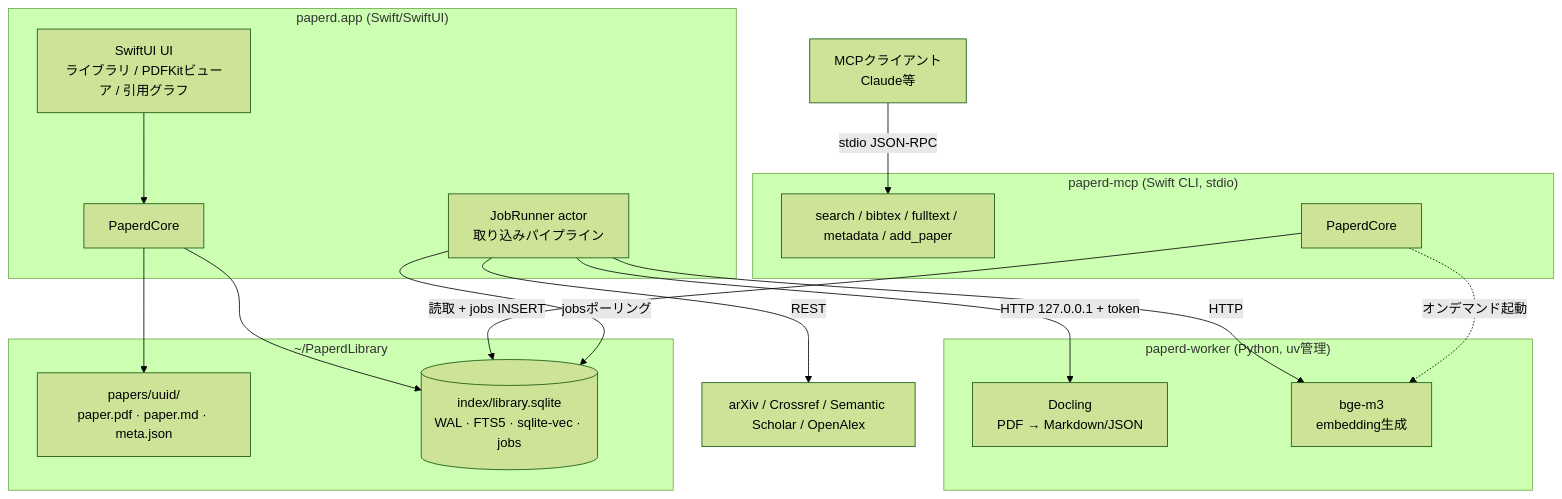
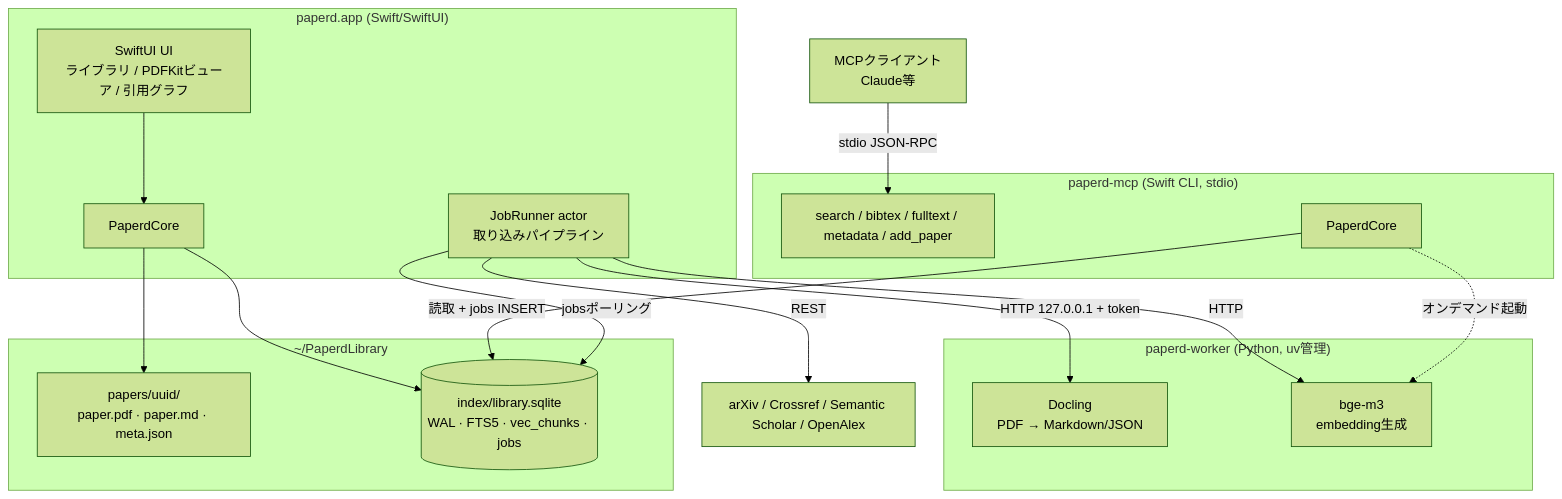
The diagram in docs/01-architecture.md (paperd-app/paperd), drawn with Mermaid (forest theme) before and after one commit. The commit also changed other lines of this file and 10 other files, not shown here.

````diff
--- a/docs/01-architecture.md
+++ b/docs/01-architecture.md
@@ -5,37 +5,37 @@
 ```mermaid
 graph TB
   subgraph App["paperd.app (Swift/SwiftUI)"]
     UI[SwiftUI UI<br/>ライブラリ / PDFKitビューア / 引用グラフ]
     JR[JobRunner actor<br/>取り込みパイプライン]
     Core1[PaperdCore]
   end
 
   subgraph MCP["paperd-mcp (Swift CLI, stdio)"]
     Tools[search / bibtex / fulltext / metadata / add_paper]
     Core2[PaperdCore]
   end
 
   subgraph Worker["paperd-worker (Python, uv管理)"]
     DOC[Docling<br/>PDF → Markdown/JSON]
     EMB[bge-m3<br/>embedding生成]
   end
 
   subgraph Lib["~/PaperdLibrary"]
     FS[papers/uuid/<br/>paper.pdf · paper.md · meta.json]
-    DB[(index/library.sqlite<br/>WAL · FTS5 · sqlite-vec · jobs)]
+    DB[(index/library.sqlite<br/>WAL · FTS5 · vec_chunks · jobs)]
   end
 
   EXT[arXiv / Crossref / Semantic Scholar / OpenAlex]
   Claude[MCPクライアント<br/>Claude等]
 
   Claude -->|stdio JSON-RPC| Tools
   UI --> Core1
   Core1 --> DB
   Core1 --> FS
   JR -->|HTTP 127.0.0.1 + token| DOC
   JR -->|HTTP| EMB
   JR -->|REST| EXT
   Core2 -->|読取 + jobs INSERT| DB
   Core2 -.->|オンデマンド起動| EMB
   JR -->|jobsポーリング| DB
 ```
````
